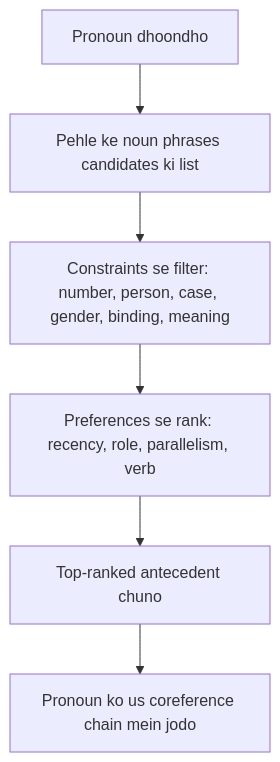
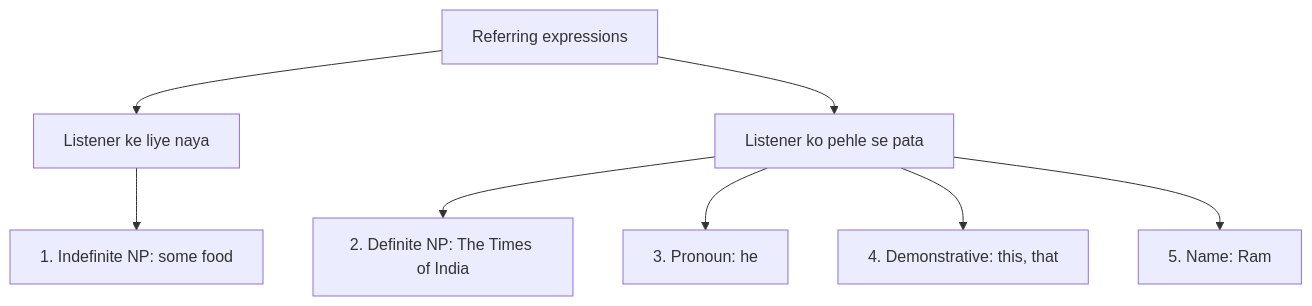
One commit to TrendySloth1001/sem-seven-notes changed the third of 3 diagrams in content/natural-language-processing/notes/discourse-reference.hi.mdx. Above: the diagram before and after it, drawn with Mermaid. The commit also changed other lines of this file and 406 other files, not shown here.

````diff
--- a/content/natural-language-processing/notes/discourse-reference.hi.mdx
+++ b/content/natural-language-processing/notes/discourse-reference.hi.mdx
@@ -219,9 +104,11 @@
 ```mermaid
-%% caption: Pronoun-resolution pipeline. Constraints impossible candidates delete karte hain; preferences bache hue ko rank karte hain; top wala chuna jaata hai. Ye Hobbs-style aur salience-based methods aur mention-pair classifier ka common idea hai.
+%% caption: Paanch referring expressions, is hisaab se group kiye ki listener ko pehle se kya pata hai.
 flowchart TD
-  A["Pronoun dhoondho"] --> B["Pehle ke noun phrases candidates ki list"]
-  B --> C["Constraints se filter: number, person, case, gender, binding, meaning"]
-  C --> D["Preferences se rank: recency, role, parallelism, verb"]
-  D --> E["Top-ranked antecedent chuno"]
-  E --> F["Pronoun ko us coreference chain mein jodo"]
+  R["Referring expressions"] --> N["Listener ke liye naya"]
+  R --> K["Listener ko pehle se pata"]
+  N --> I["1. Indefinite NP: some food"]
+  K --> D["2. Definite NP: The Times of India"]
+  K --> P["3. Pronoun: he"]
+  K --> M["4. Demonstrative: this, that"]
+  K --> Z["5. Name: Ram"]
 ```
````
